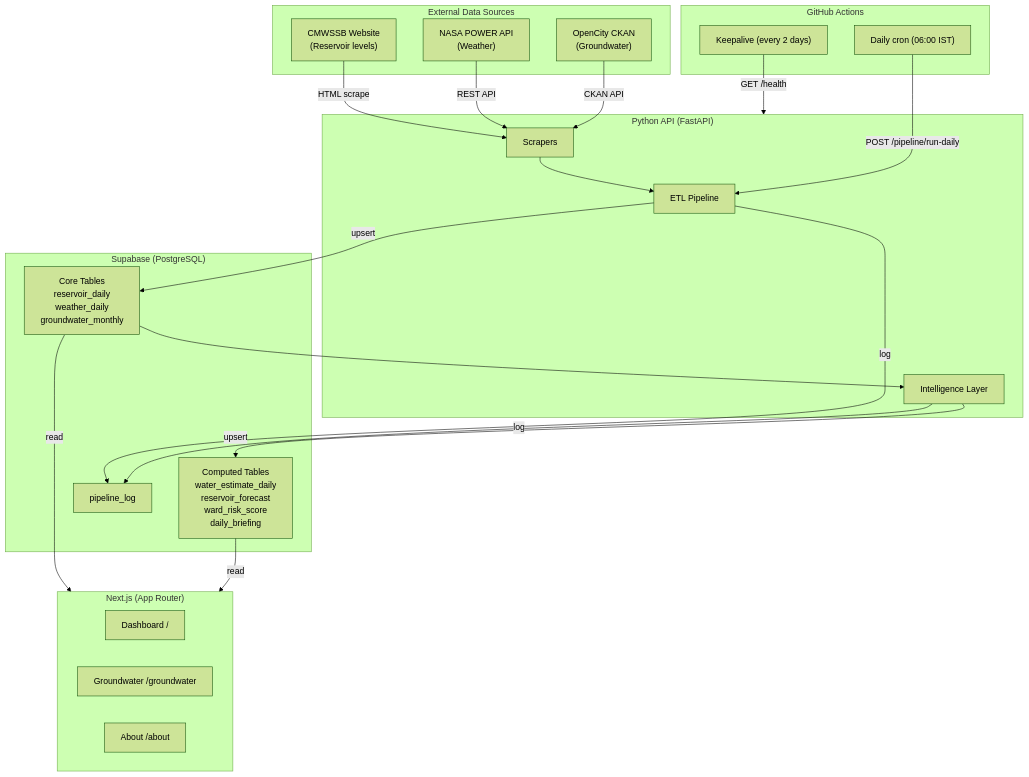
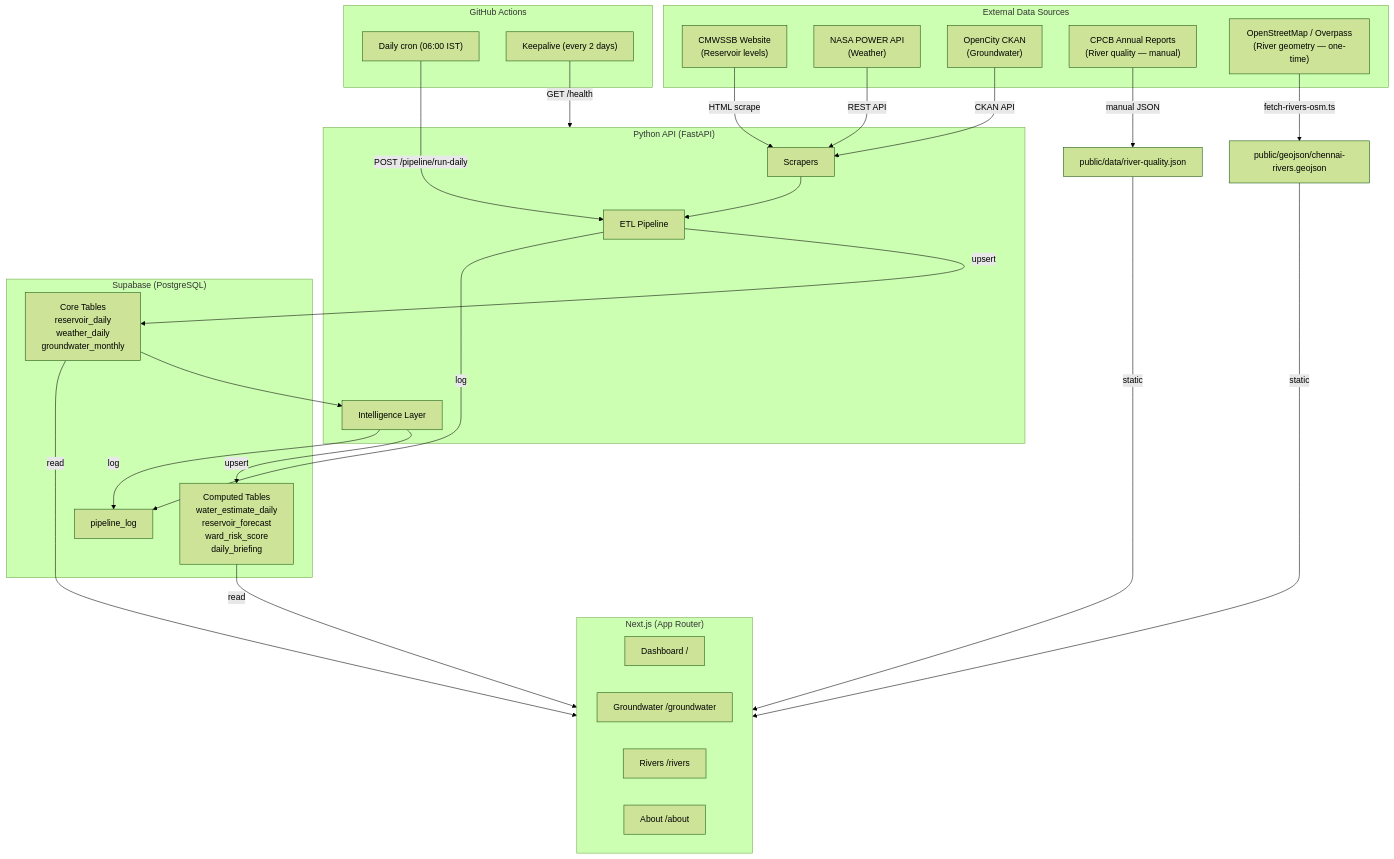
Before and after one commit to SundareshPrasanna/neer-vazhvu: the first of 5 diagrams in ARCHITECTURE.md, drawn with Mermaid (forest theme). The commit also changed other lines of this file and 17 other files, not shown here.

Commit message:
River Health Dashboard — 4 rivers, CPCB quality map, DO/BOD charts

````diff
--- a/ARCHITECTURE.md
+++ b/ARCHITECTURE.md
@@ -7,49 +7,56 @@
 ```mermaid
 graph TB
     subgraph External Data Sources
         CMWSSB["CMWSSB Website<br/>(Reservoir levels)"]
         NASA["NASA POWER API<br/>(Weather)"]
         OC["OpenCity CKAN<br/>(Groundwater)"]
+        CPCB["CPCB Annual Reports<br/>(River quality — manual)"]
+        OSM["OpenStreetMap / Overpass<br/>(River geometry — one-time)"]
     end
 
     subgraph Backend ["Python API (FastAPI)"]
         Scrapers["Scrapers"]
         ETL["ETL Pipeline"]
         Intel["Intelligence Layer"]
     end
 
     subgraph Database ["Supabase (PostgreSQL)"]
         Core["Core Tables<br/>reservoir_daily<br/>weather_daily<br/>groundwater_monthly"]
         Computed["Computed Tables<br/>water_estimate_daily<br/>reservoir_forecast<br/>ward_risk_score<br/>daily_briefing"]
         Log["pipeline_log"]
     end
 
     subgraph Frontend ["Next.js (App Router)"]
         Dashboard["Dashboard /"]
         GW["Groundwater /groundwater"]
+        Rivers["Rivers /rivers"]
         About["About /about"]
     end
 
     subgraph CI ["GitHub Actions"]
         Cron["Daily cron (06:00 IST)"]
         KA["Keepalive (every 2 days)"]
     end
 
     CMWSSB -->|HTML scrape| Scrapers
     NASA -->|REST API| Scrapers
     OC -->|CKAN API| Scrapers
+    CPCB -->|manual JSON| StaticFiles["public/data/river-quality.json"]
+    OSM -->|fetch-rivers-osm.ts| StaticFiles2["public/geojson/chennai-rivers.geojson"]
 
     Scrapers --> ETL
     ETL -->|upsert| Core
     Core --> Intel
     Intel -->|upsert| Computed
 
     ETL -->|log| Log
     Intel -->|log| Log
 
     Core -->|read| Frontend
     Computed -->|read| Frontend
+    StaticFiles -->|static| Frontend
+    StaticFiles2 -->|static| Frontend
 
     Cron -->|POST /pipeline/run-daily| ETL
     KA -->|GET /health| Backend
 ```
````
